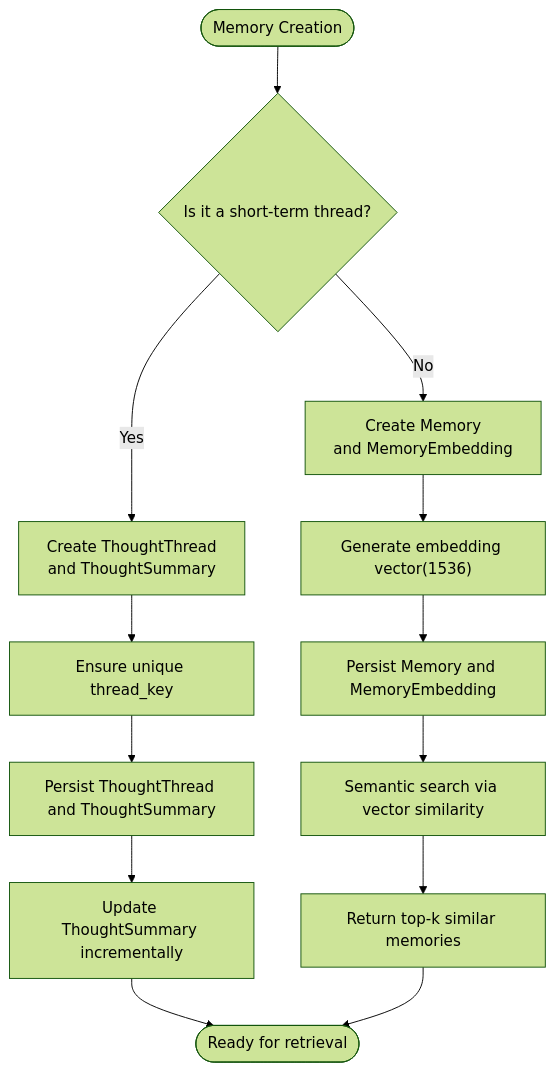
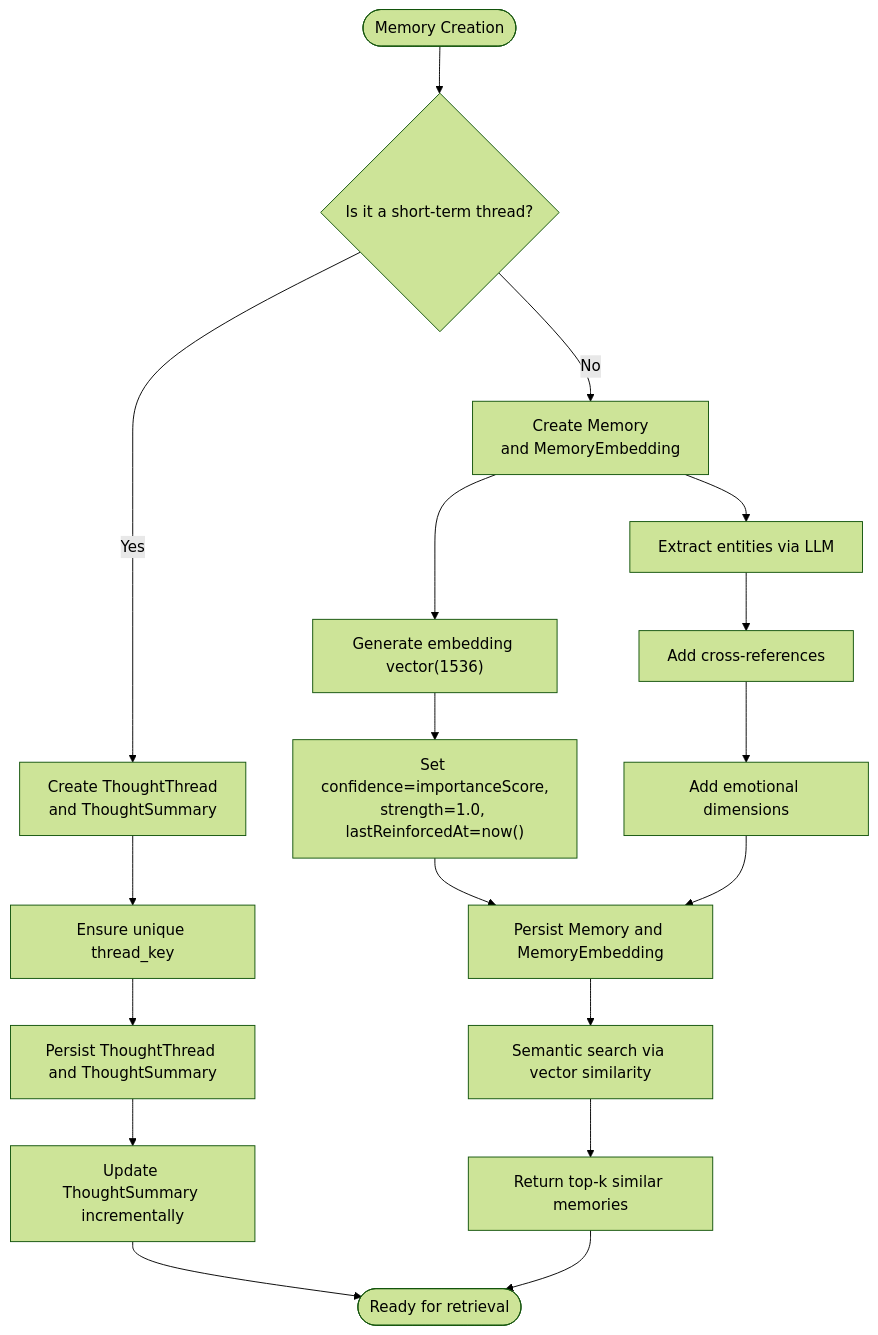
Before and after one commit to statgod6/4ever: the third of 8 diagrams in .qoder/repowiki/en/content/Database Design.md, drawn with Mermaid (forest theme). The commit also changed other lines of this file and 116 other files, not shown here.

````diff
--- a/.qoder/repowiki/en/content/Database Design.md
+++ b/.qoder/repowiki/en/content/Database Design.md
@@ -492,15 +524,20 @@
 ```mermaid
 flowchart TD
 Start(["Memory Creation"]) --> DecideType{"Is it a short-term thread?"}
 DecideType --> |Yes| CreateThread["Create ThoughtThread<br/>and ThoughtSummary"]
 DecideType --> |No| CreateMemory["Create Memory<br/>and MemoryEmbedding"]
 CreateThread --> ThreadKey["Ensure unique thread_key"]
 CreateMemory --> Vectorize["Generate embedding vector(1536)"]
-Vectorize --> PersistMem["Persist Memory and MemoryEmbedding"]
+Vectorize --> SetMetrics["Set confidence=importanceScore,<br/>strength=1.0, lastReinforcedAt=now()"]
+SetMetrics --> PersistMem["Persist Memory and MemoryEmbedding"]
+CreateMemory --> ExtractEntities["Extract entities via LLM"]
+ExtractEntities --> AddLinks["Add cross-references"]
+AddLinks --> AddEmotion["Add emotional dimensions"]
+AddEmotion --> PersistMem
 ThreadKey --> PersistThread["Persist ThoughtThread and ThoughtSummary"]
 PersistMem --> Search["Semantic search via vector similarity"]
 PersistThread --> Summarize["Update ThoughtSummary incrementally"]
 Search --> Results["Return top-k similar memories"]
 Summarize --> End(["Ready for retrieval"])
 Results --> End
 ```
````
